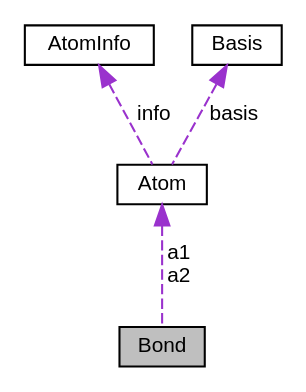
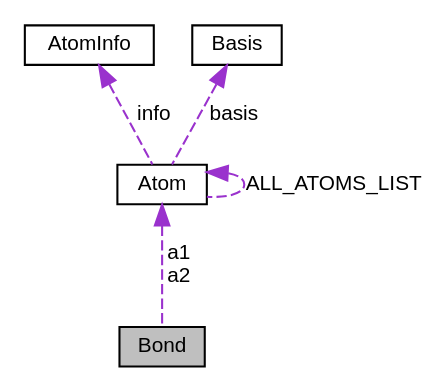
One commit to alejandrogallo/asy-atoms changed the diagram in structBond__coll__graph.dot. Above: the diagram before and after it, drawn with Graphviz. The commit also changed 26 other files, not shown here.

```diff
--- a/structBond__coll__graph.dot
+++ b/structBond__coll__graph.dot
@@ -1,12 +1,13 @@
 digraph "Bond"
 {
   edge [fontname="Helvetica",fontsize="10",labelfontname="Helvetica",labelfontsize="10"];
   node [fontname="Helvetica",fontsize="10",shape=record];
   Node1 [label="Bond",height=0.2,width=0.4,color="black", fillcolor="grey75", style="filled", fontcolor="black"];
   Node2 -> Node1 [dir="back",color="darkorchid3",fontsize="10",style="dashed",label=" a1\na2" ,fontname="Helvetica"];
   Node2 [label="Atom",height=0.2,width=0.4,color="black", fillcolor="white", style="filled",URL="$structAtom.html",tooltip="Structure with the atomic information needed to render an atom. "];
   Node3 -> Node2 [dir="back",color="darkorchid3",fontsize="10",style="dashed",label=" info" ,fontname="Helvetica"];
   Node3 [label="AtomInfo",height=0.2,width=0.4,color="black", fillcolor="white", style="filled",URL="$structAtomInfo.html",tooltip="Structure for storing atomic information. "];
   Node4 -> Node2 [dir="back",color="darkorchid3",fontsize="10",style="dashed",label=" basis" ,fontname="Helvetica"];
   Node4 [label="Basis",height=0.2,width=0.4,color="black", fillcolor="white", style="filled",URL="$structBasis.html",tooltip="Vector basis object. "];
+  Node2 -> Node2 [dir="back",color="darkorchid3",fontsize="10",style="dashed",label=" ALL_ATOMS_LIST" ,fontname="Helvetica"];
 }
```
